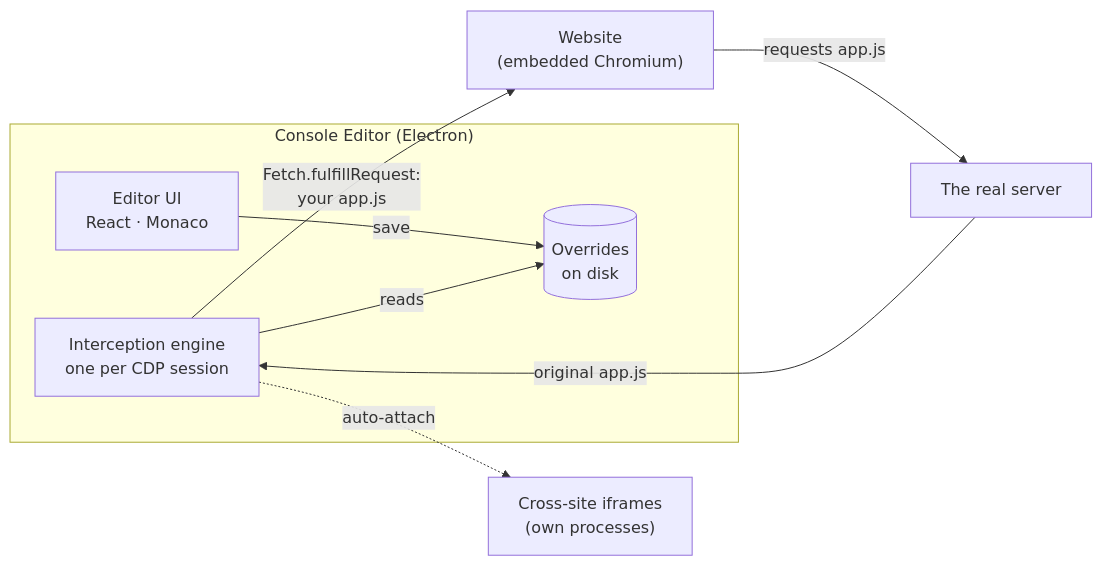
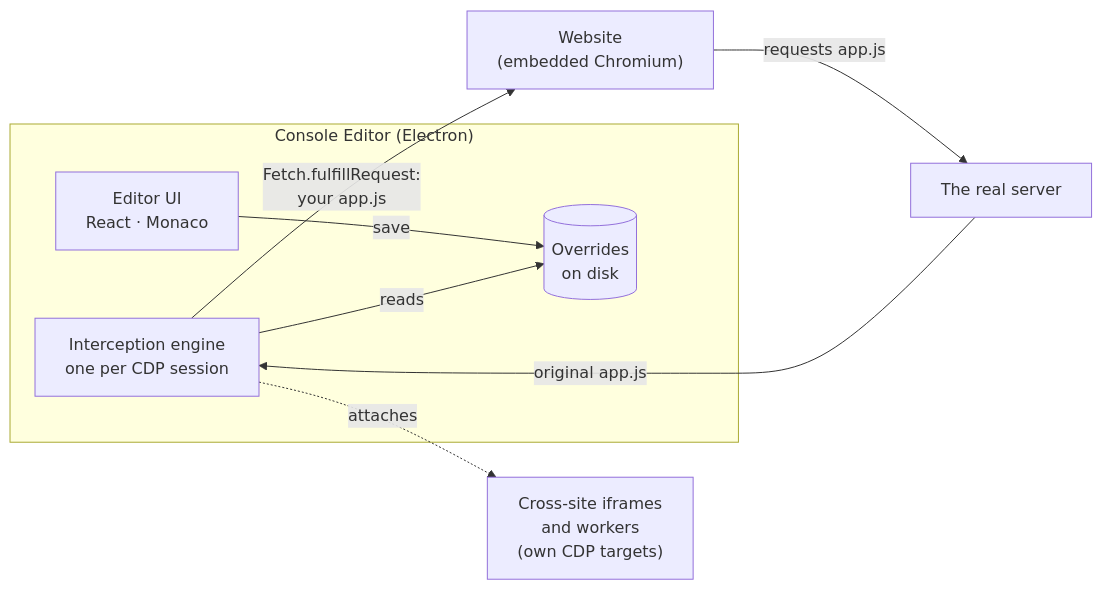
One commit to olehwebdev/console-editor changed the diagram in README.md. Above: the diagram before and after it, drawn with Mermaid. The commit also changed other lines of this file and 66 other files, not shown here.

````diff
--- a/README.md
+++ b/README.md
@@ -157,18 +158,18 @@
 ```mermaid
 flowchart LR
   subgraph App["Console Editor (Electron)"]
     UI["Editor UI<br/>React · Monaco"]
     Engine["Interception engine<br/>one per CDP session"]
     Store[("Overrides<br/>on disk")]
   end
   Page["Website<br/>(embedded Chromium)"]
-  Frames["Cross-site iframes<br/>(own processes)"]
+  Frames["Cross-site iframes<br/>and workers<br/>(own CDP targets)"]
   Server["The real server"]
 
   UI -- "save" --> Store
   Engine -- reads --> Store
   Page -- "requests app.js" --> Server
   Server -- "original app.js" --> Engine
   Engine -- "Fetch.fulfillRequest:<br/>your app.js" --> Page
-  Engine -. auto-attach .-> Frames
+  Engine -. attaches .-> Frames
 ```
````
